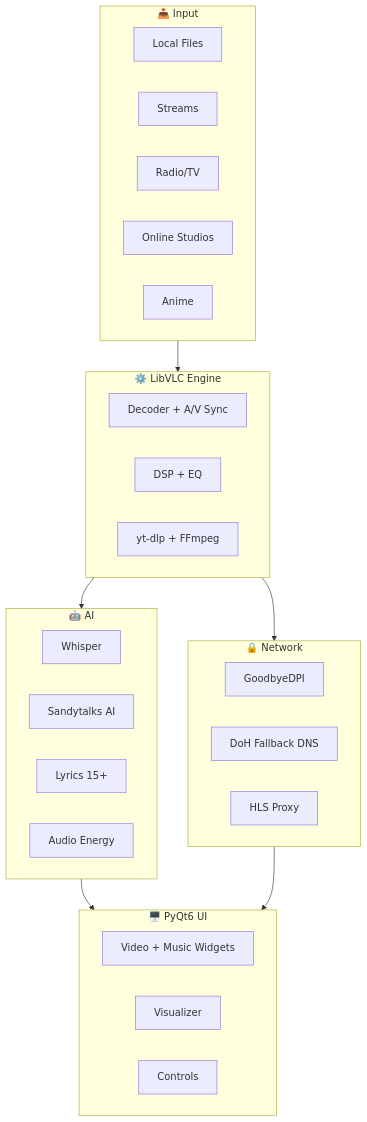
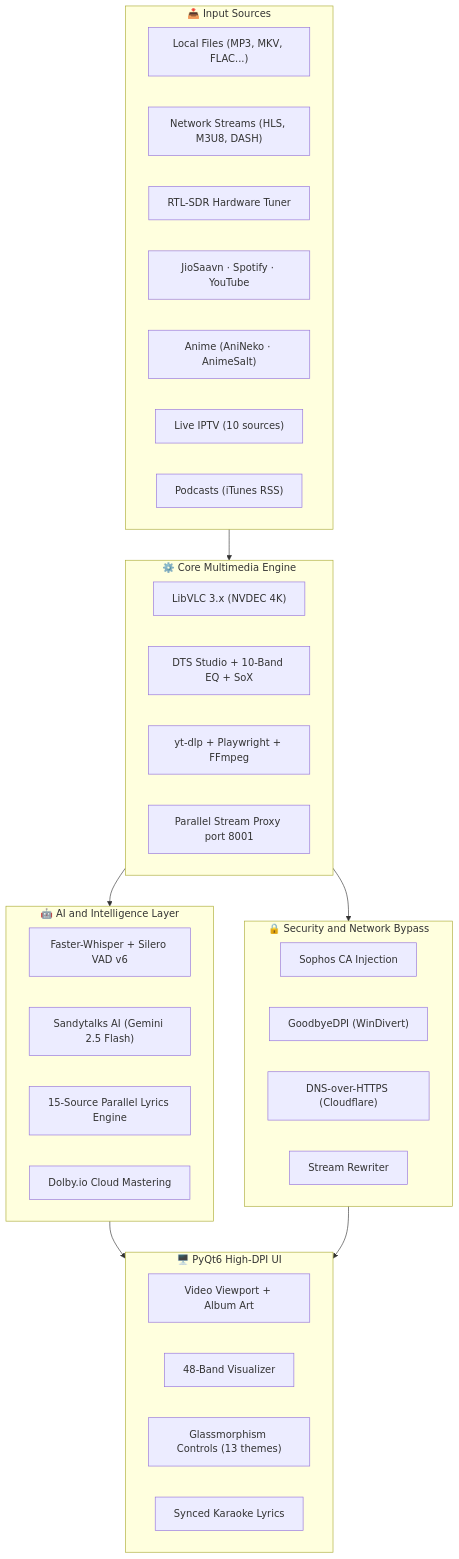
Before and after one commit to sandytalks/SANDYPLAY-MEDIA-PLAYER: the second of 2 diagrams in README.md, drawn with Mermaid. The commit also changed other lines of this file, not shown here.

````diff
--- a/README.md
+++ b/README.md
@@ -524,20 +784,20 @@
 ```mermaid
 graph TB
-    subgraph INPUT["📥 Input"]
-        L["Local Files"] & S["Streams"] & R["Radio/TV"] & O["Online Studios"] & AN["Anime"]
+    subgraph INPUT["📥 Input Sources"]
+        L["Local Files (MP3, MKV, FLAC...)"] & S["Network Streams (HLS, M3U8, DASH)"] & R["RTL-SDR Hardware Tuner"] & O["JioSaavn · Spotify · YouTube"] & AN["Anime (AniNeko · AnimeSalt)"] & IPTV["Live IPTV (10 sources)"] & POD["Podcasts (iTunes RSS)"]
     end
-    subgraph CORE["⚙️ LibVLC Engine"]
-        VLC["Decoder + A/V Sync"] & DSP["DSP + EQ"] & DL["yt-dlp + FFmpeg"]
+    subgraph CORE["⚙️ Core Multimedia Engine"]
+        VLC["LibVLC 3.x (NVDEC 4K)"] & DSP["DTS Studio + 10-Band EQ + SoX"] & DL["yt-dlp + Playwright + FFmpeg"] & PROXY["Parallel Stream Proxy port 8001"]
     end
-    subgraph AI["🤖 AI"]
-        W["Whisper"] & G["Sandytalks AI"] & LY["Lyrics 15+"] & AE["Audio Energy"]
+    subgraph AI["🤖 AI and Intelligence Layer"]
+        W["Faster-Whisper + Silero VAD v6"] & G["Sandytalks AI (Gemini 2.5 Flash)"] & LY["15-Source Parallel Lyrics Engine"] & AE["Dolby.io Cloud Mastering"]
     end
-    subgraph NET["🔒 Network"]
-        VPN["GoodbyeDPI"] & DOH["DoH Fallback DNS"] & PROXY["HLS Proxy"]
+    subgraph NET["🔒 Security and Network Bypass"]
+        SSL["Sophos CA Injection"] & VPN["GoodbyeDPI (WinDivert)"] & DOH["DNS-over-HTTPS (Cloudflare)"] & PROXY2["Stream Rewriter"]
     end
-    subgraph UI["🖥️ PyQt6 UI"]
-        VW["Video + Music Widgets"] & VIS["Visualizer"] & CB["Controls"]
+    subgraph UI["🖥️ PyQt6 High-DPI UI"]
+        VW["Video Viewport + Album Art"] & VIS["48-Band Visualizer"] & CB["Glassmorphism Controls (13 themes)"] & LYR["Synced Karaoke Lyrics"]
     end
     INPUT --> CORE --> AI --> UI
     CORE --> NET --> UI
 ```
````
